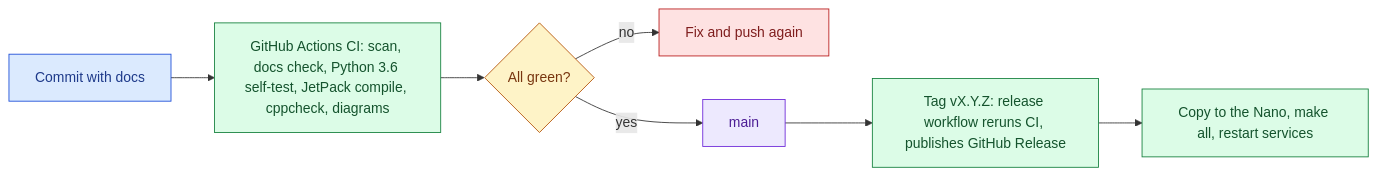
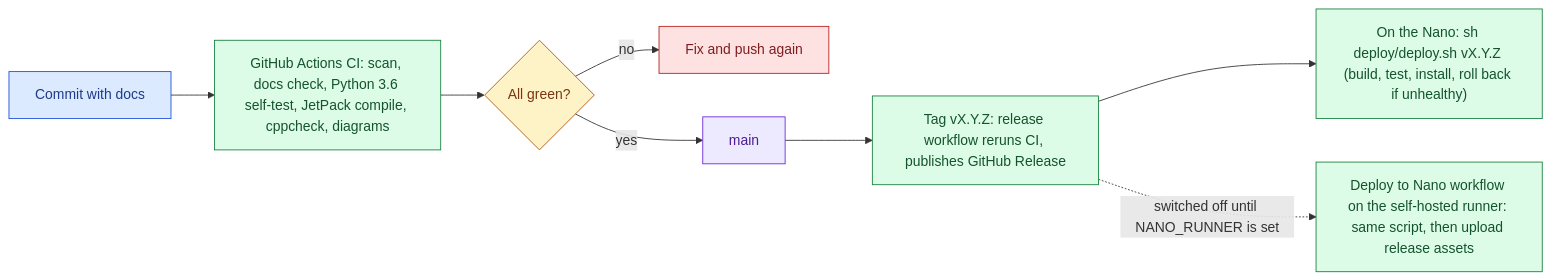
One commit to hamza-aziz-ai/Jetson-Nano-Face-Recognition-Attendance-System changed the second of 2 diagrams in docs/ARCHITECTURE.md. Above: the diagram before and after it, drawn with Mermaid. The commit also changed other lines of this file and 11 other files, not shown here.

First line of the commit message:
Release assets and Deploy to Nano workflow with rollback

````diff
--- a/docs/ARCHITECTURE.md
+++ b/docs/ARCHITECTURE.md
@@ -46,14 +46,15 @@
 ```mermaid
 flowchart LR
   DEV["`Commit with docs`"]:::entry --> CI["`GitHub Actions CI: scan, docs check, Python 3.6 self-test, JetPack compile, cppcheck, diagrams`"]:::step
   CI --> OK{"`All green?`"}:::decision
   OK -->|"`no`"| FIX["`Fix and push again`"]:::error
   OK -->|"`yes`"| MAIN["`main`"]:::outcome
   MAIN --> TAG["`Tag vX.Y.Z: release workflow reruns CI, publishes GitHub Release`"]:::step
-  TAG --> MANUAL["`Copy to the Nano, make all, restart services`"]:::step
+  TAG --> MANUAL["`On the Nano: sh deploy/deploy.sh vX.Y.Z (build, test, install, roll back if unhealthy)`"]:::step
+  TAG -. "`switched off until NANO_RUNNER is set`" .-> RUNNER["`Deploy to Nano workflow on the self-hosted runner: same script, then upload release assets`"]:::step
   classDef entry fill:#dbeafe,stroke:#1d4ed8,color:#1e3a8a
   classDef step fill:#dcfce7,stroke:#15803d,color:#14532d
   classDef decision fill:#fef3c7,stroke:#b45309,color:#78350f
   classDef outcome fill:#ede9fe,stroke:#6d28d9,color:#4c1d95
   classDef error fill:#fee2e2,stroke:#b91c1c,color:#7f1d1d
 ```
````
